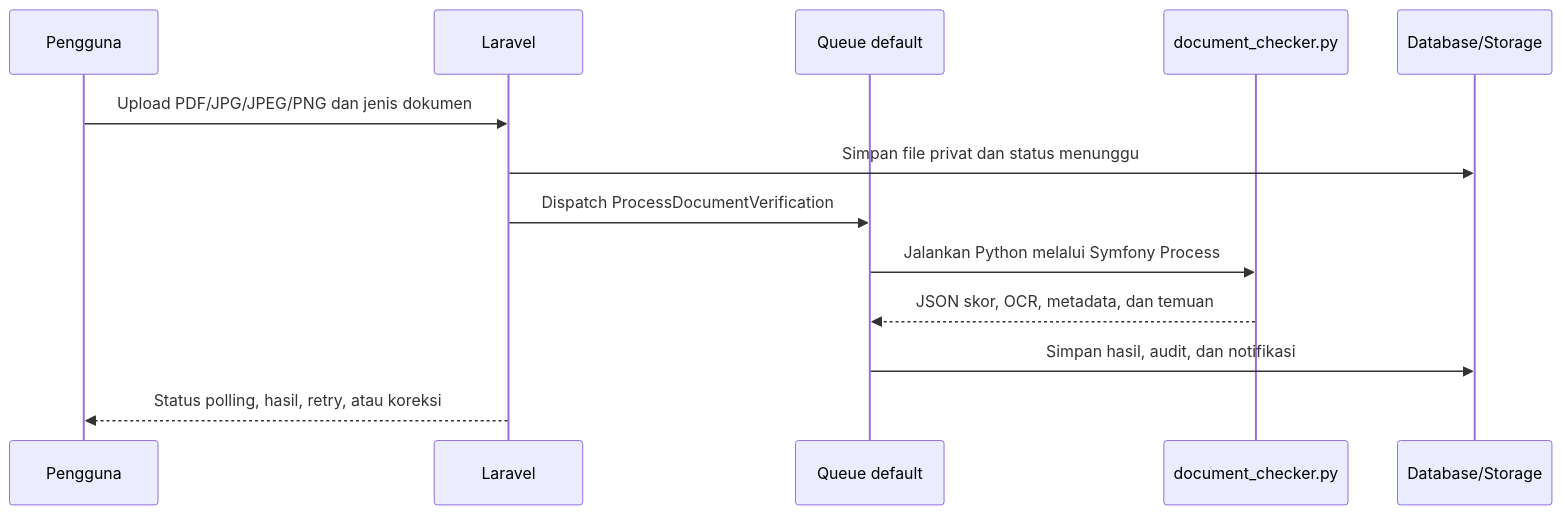
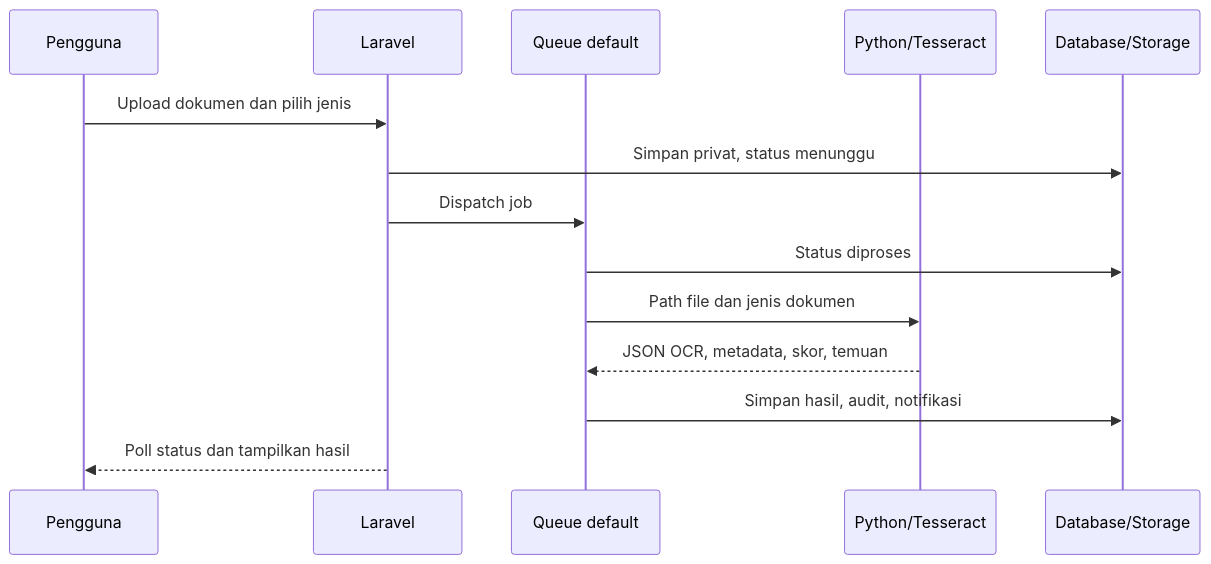
The fifth of 6 diagrams in docs/PETA_KONSEP_LOGISTIKKU.md (raisazahra14/belajar-laravel-bcs), drawn with Mermaid before and after one commit. The commit also changed other lines of this file and 14 other files, not shown here.

````diff
--- a/docs/PETA_KONSEP_LOGISTIKKU.md
+++ b/docs/PETA_KONSEP_LOGISTIKKU.md
@@ -112,15 +184,16 @@
 ```mermaid
 sequenceDiagram
     participant U as Pengguna
     participant L as Laravel
     participant Q as Queue default
-    participant P as document_checker.py
+    participant P as Python/Tesseract
     participant D as Database/Storage
-    U->>L: Upload PDF/JPG/JPEG/PNG dan jenis dokumen
-    L->>D: Simpan file privat dan status menunggu
-    L->>Q: Dispatch ProcessDocumentVerification
-    Q->>P: Jalankan Python melalui Symfony Process
-    P-->>Q: JSON skor, OCR, metadata, dan temuan
-    Q->>D: Simpan hasil, audit, dan notifikasi
-    L-->>U: Status polling, hasil, retry, atau koreksi
+    U->>L: Upload dokumen dan pilih jenis
+    L->>D: Simpan privat, status menunggu
+    L->>Q: Dispatch job
+    Q->>D: Status diproses
+    Q->>P: Path file dan jenis dokumen
+    P-->>Q: JSON OCR, metadata, skor, temuan
+    Q->>D: Simpan hasil, audit, notifikasi
+    L-->>U: Poll status dan tampilkan hasil
 ```
````
